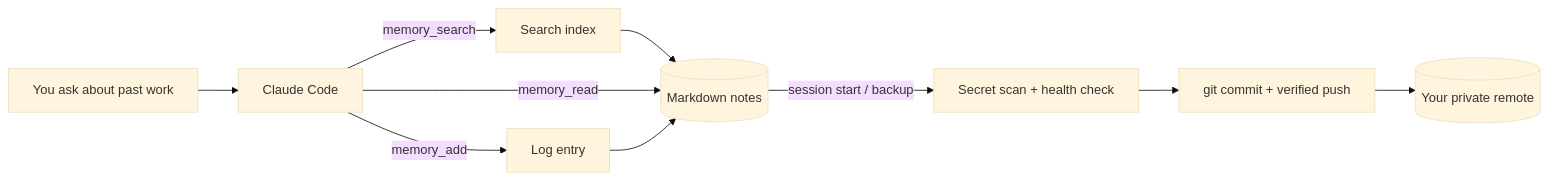
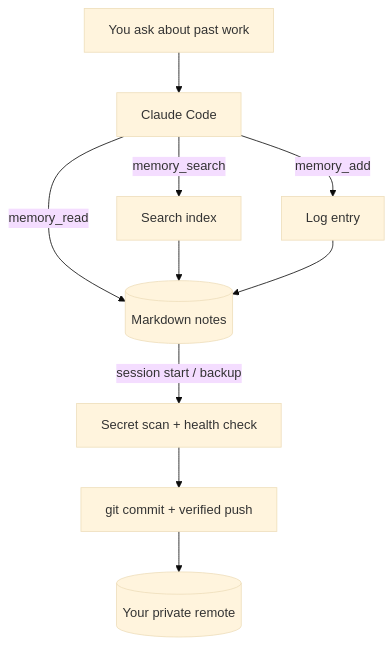
The diagram in README.md (syed-anas-ahmad-shah/memory-brain), drawn with Mermaid (base theme) before and after one commit.

Commit message:
Docs: lay out architecture diagram top-to-bottom so it fits the page

````diff
--- a/README.md
+++ b/README.md
@@ -95,12 +95,12 @@
 ```mermaid
-flowchart LR
-    U[You ask about past work] --> C[Claude Code]
-    C -->|memory_search| S[Search index]
-    S --> N[(Markdown notes)]
-    C -->|memory_read| N
-    C -->|memory_add| L[Log entry]
+flowchart TB
+    U["You ask about past work"] --> C["Claude Code"]
+    C -->|memory_search| S["Search index"]
+    C -->|memory_read| N[("Markdown notes")]
+    C -->|memory_add| L["Log entry"]
+    S --> N
     L --> N
-    N -->|session start / backup| B[Secret scan + health check]
-    B --> G[git commit + verified push]
-    G --> R[(Your private remote)]
+    N -->|"session start / backup"| B["Secret scan + health check"]
+    B --> G["git commit + verified push"]
+    G --> R[("Your private remote")]
 ```
````
